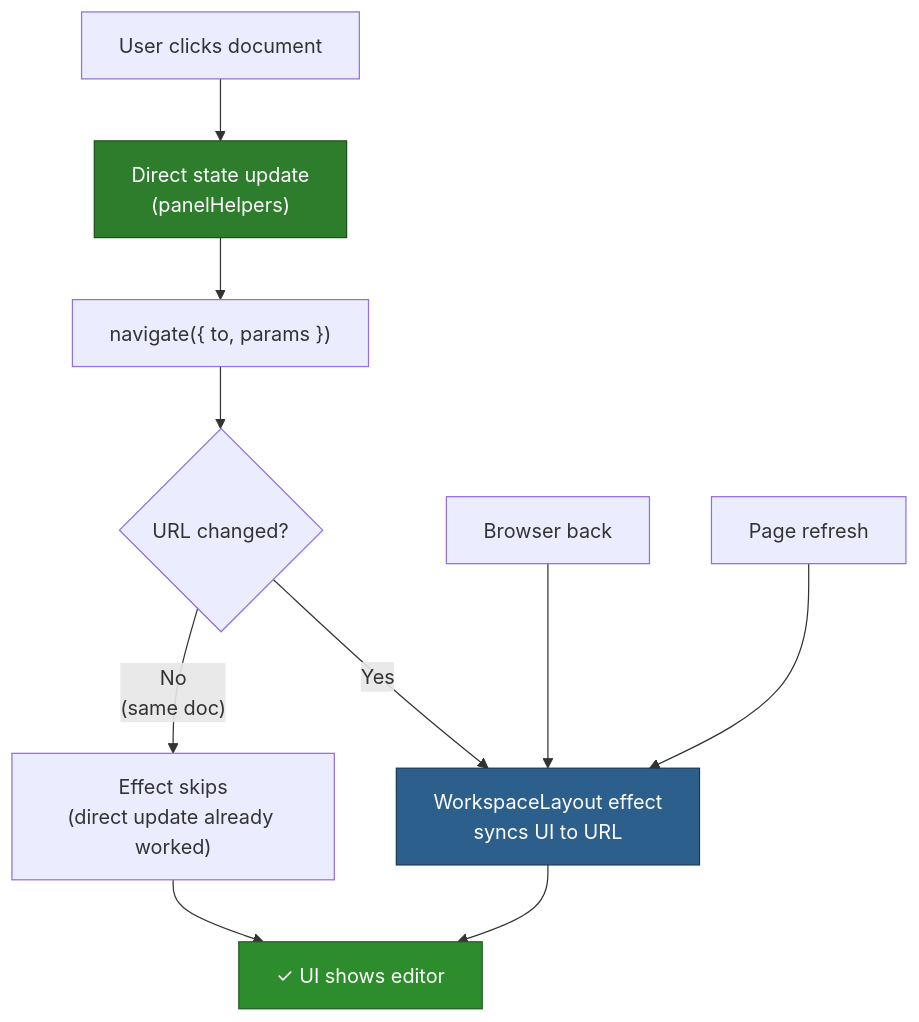
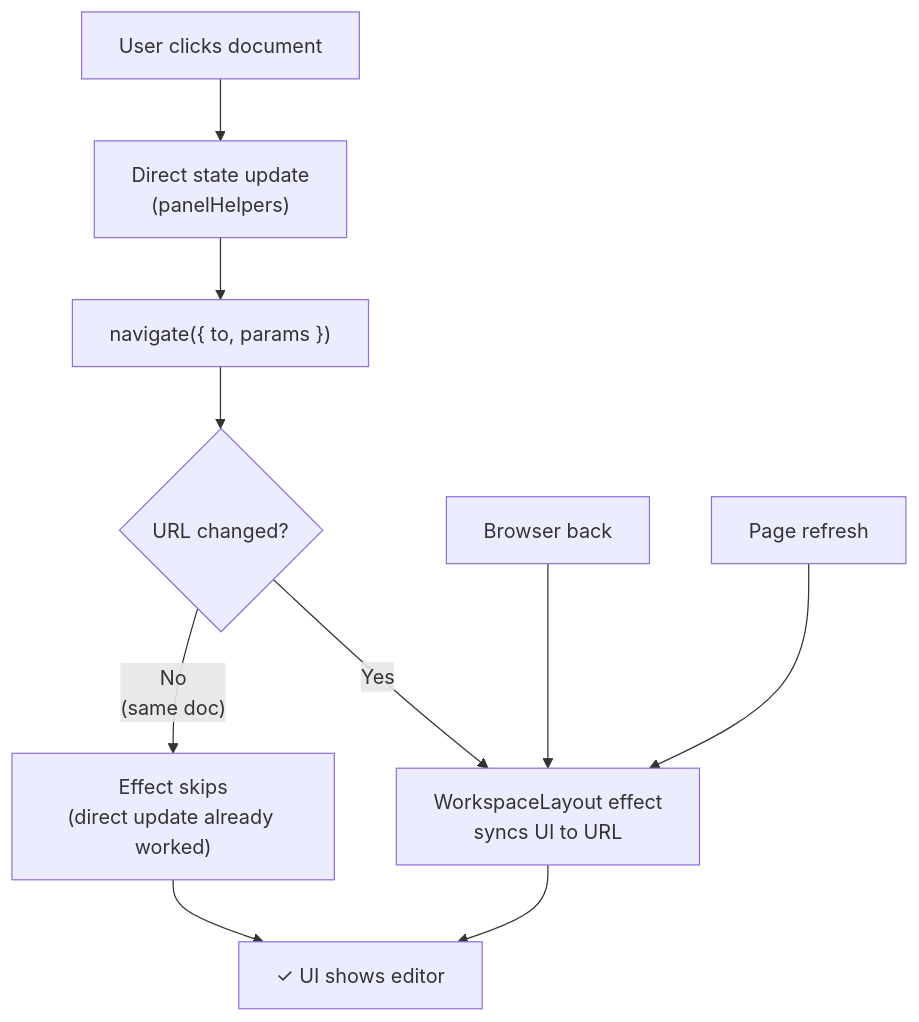
Before and after one commit to haowjy/meridian-flow: the first of 3 diagrams in _docs/technical/frontend/architecture/navigation-pattern.md, drawn with Mermaid. The commit also changed other lines of this file and 46 other files, not shown here.

````diff
--- a/_docs/technical/frontend/architecture/navigation-pattern.md
+++ b/_docs/technical/frontend/architecture/navigation-pattern.md
@@ -11,19 +11,16 @@
 ```mermaid
 flowchart TD
     Click["User clicks document"] --> Direct["Direct state update\n(panelHelpers)"]
     Direct --> Router["navigate({ to, params })"]
     Router --> URLChange{"URL changed?"}
 
     URLChange -->|"Yes"| Effect["WorkspaceLayout effect\nsyncs UI to URL"]
     URLChange -->|"No\n(same doc)"| Skip["Effect skips\n(direct update already worked)"]
 
     Effect --> Done["✓ UI shows editor"]
     Skip --> Done
 
     Back["Browser back"] --> Effect
     Refresh["Page refresh"] --> Effect
 
-    style Direct fill:#2d7d2d,stroke:#1e4d1e,color:#fff
-    style Effect fill:#2d5f8d,stroke:#1b3a56,color:#fff
-    style Done fill:#2d8d2d,stroke:#1e5d1e,color:#fff
 ```
````
